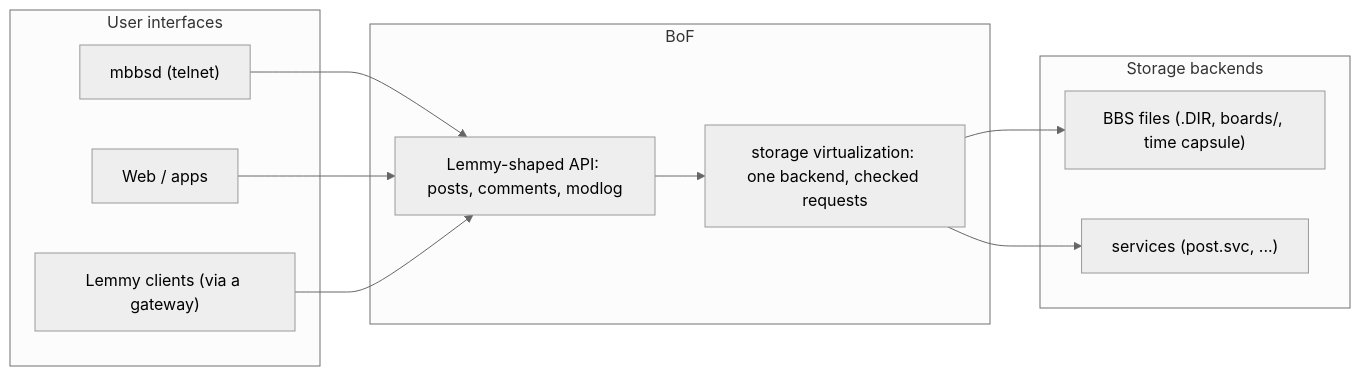
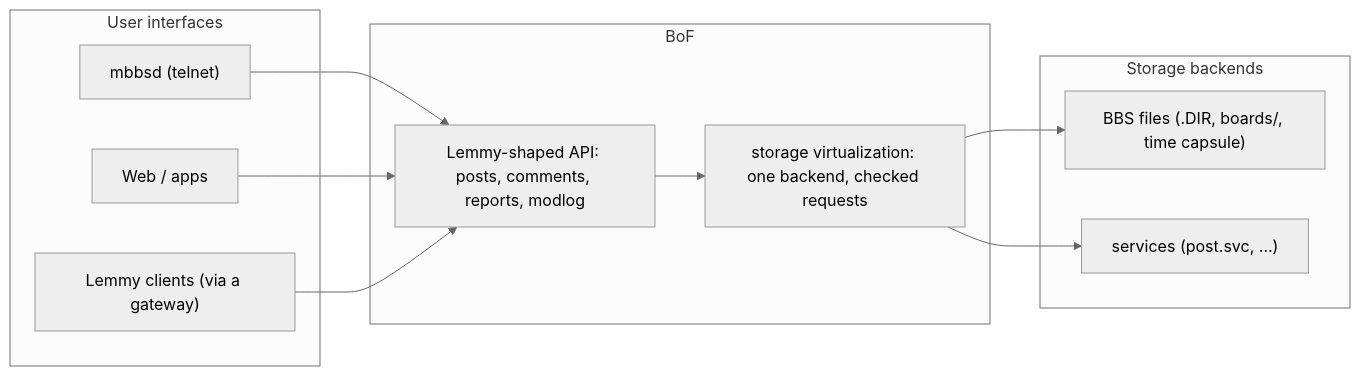
The diagram in bof/README.md (ptt/pttbbs), drawn with Mermaid (neutral theme) before and after one commit. The commit also changed other lines of this file and 16 other files, not shown here.

````diff
--- a/bof/README.md
+++ b/bof/README.md
@@ -30,22 +30,22 @@
 ```mermaid
 flowchart LR
     subgraph UI["User interfaces"]
         mbbsd["mbbsd (telnet)"]
         web["Web / apps"]
         lemmy["Lemmy clients (via a gateway)"]
     end
     subgraph BOF["BoF"]
-        api["Lemmy-shaped API: posts, comments, modlog"]
+        api["Lemmy-shaped API: posts, comments, reports, modlog"]
         virt["storage virtualization: one backend, checked requests"]
     end
     subgraph STORE["Storage backends"]
         files["BBS files (.DIR, boards/, time capsule)"]
         svc["services (post.svc, ...)"]
     end
     mbbsd --> api
     web --> api
     lemmy --> api
     api --> virt
     virt --> files
     virt --> svc
 ```
````
